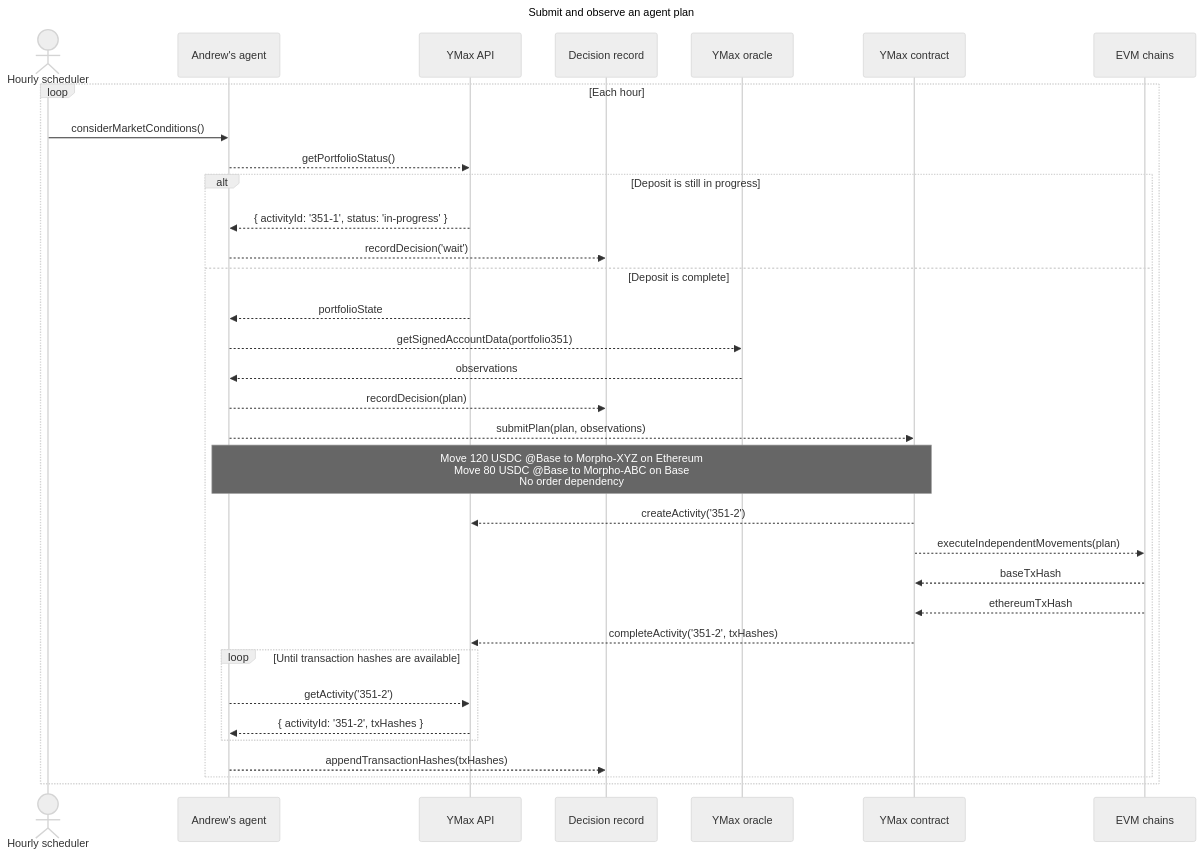
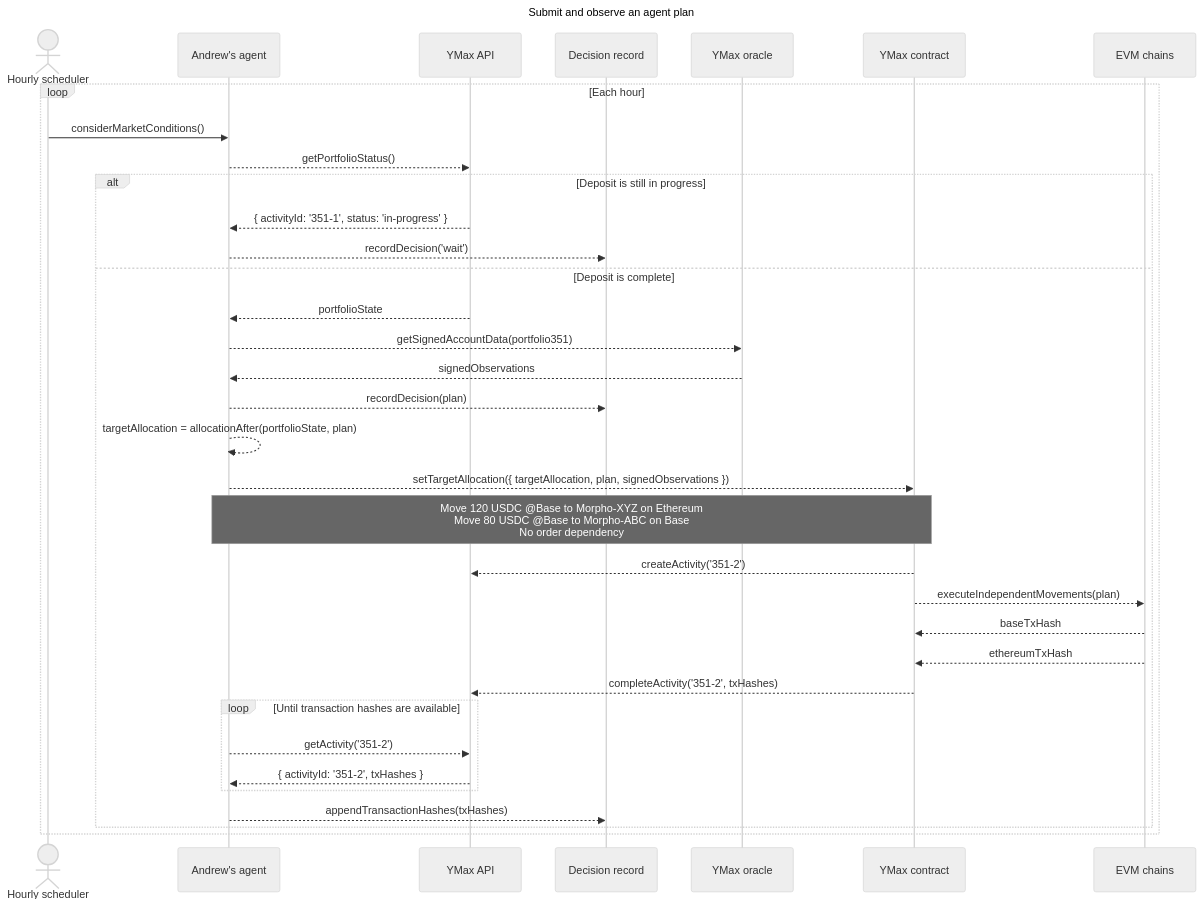
One commit to Agoric/agoric-sdk changed the second of 3 diagrams in packages/portfolio-contract/docs-design/agentic-planning.md. Above: the diagram before and after it, drawn with Mermaid (neutral theme). The commit also changed other lines of this file and 3 other files, not shown here.

````diff
--- a/packages/portfolio-contract/docs-design/agentic-planning.md
+++ b/packages/portfolio-contract/docs-design/agentic-planning.md
@@ -64,40 +66,41 @@
 ```mermaid
 sequenceDiagram
   title Submit and observe an agent plan
 
   %% Software calls use method(args); replies use results
 
   actor T as Hourly scheduler
   participant A as Andrew's agent
   participant API as YMax API
   participant DR as Decision record
   participant O as YMax oracle
   participant C as YMax contract
   participant E as EVM chains
 
   loop Each hour
     T->>A: considerMarketConditions()
     A-->>API: getPortfolioStatus()
     alt Deposit is still in progress
       API-->>A: { activityId: '351-1', status: 'in-progress' }
       A-->>DR: recordDecision('wait')
     else Deposit is complete
       API-->>A: portfolioState
       A-->>O: getSignedAccountData(portfolio351)
-      O-->>A: observations
+      O-->>A: signedObservations
       A-->>DR: recordDecision(plan)
-      A-->>C: submitPlan(plan, observations)
+      A-->>A: targetAllocation = allocationAfter(portfolioState, plan)
+      A-->>C: setTargetAllocation({ targetAllocation, plan, signedObservations })
       Note over A,C: Move 120 USDC @Base to Morpho-XYZ on Ethereum<br/>Move 80 USDC @Base to Morpho-ABC on Base<br/>No order dependency
       C-->>API: createActivity('351-2')
       C-->>E: executeIndependentMovements(plan)
       E-->>C: baseTxHash
       E-->>C: ethereumTxHash
       C-->>API: completeActivity('351-2', txHashes)
       loop Until transaction hashes are available
         A-->>API: getActivity('351-2')
         API-->>A: { activityId: '351-2', txHashes }
       end
       A-->>DR: appendTransactionHashes(txHashes)
     end
   end
 ```
````
